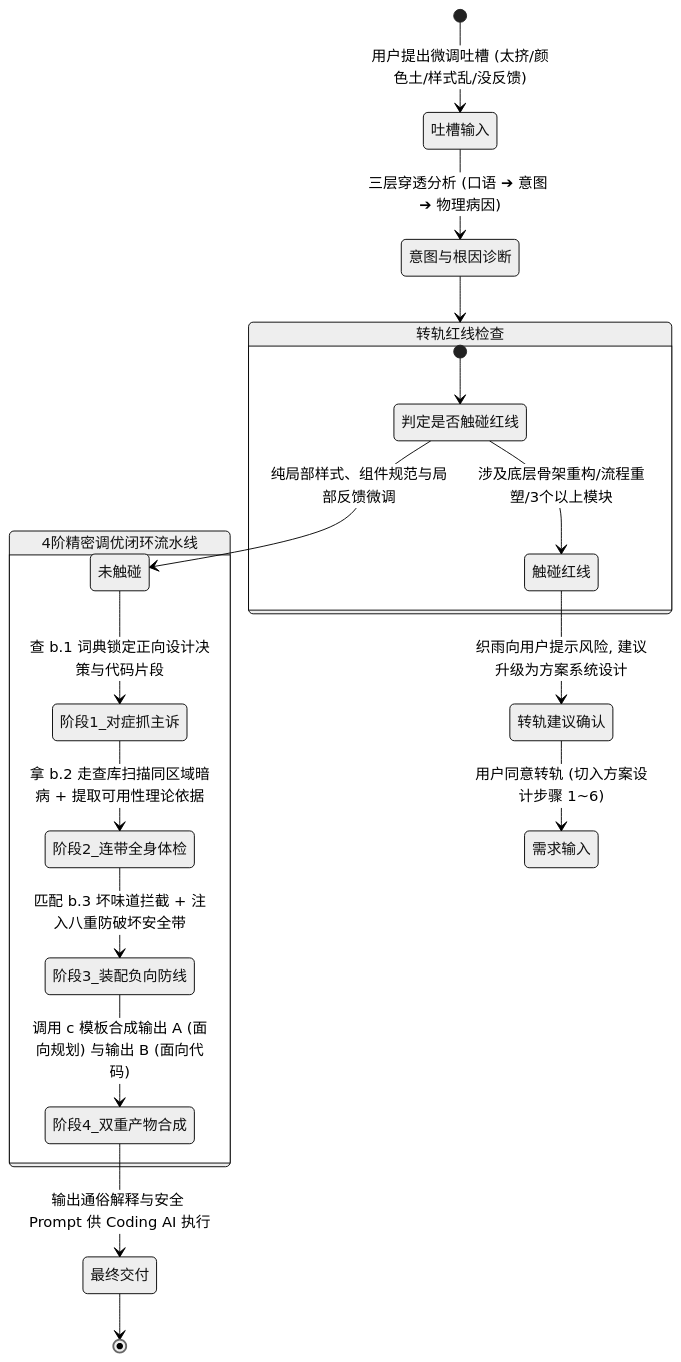
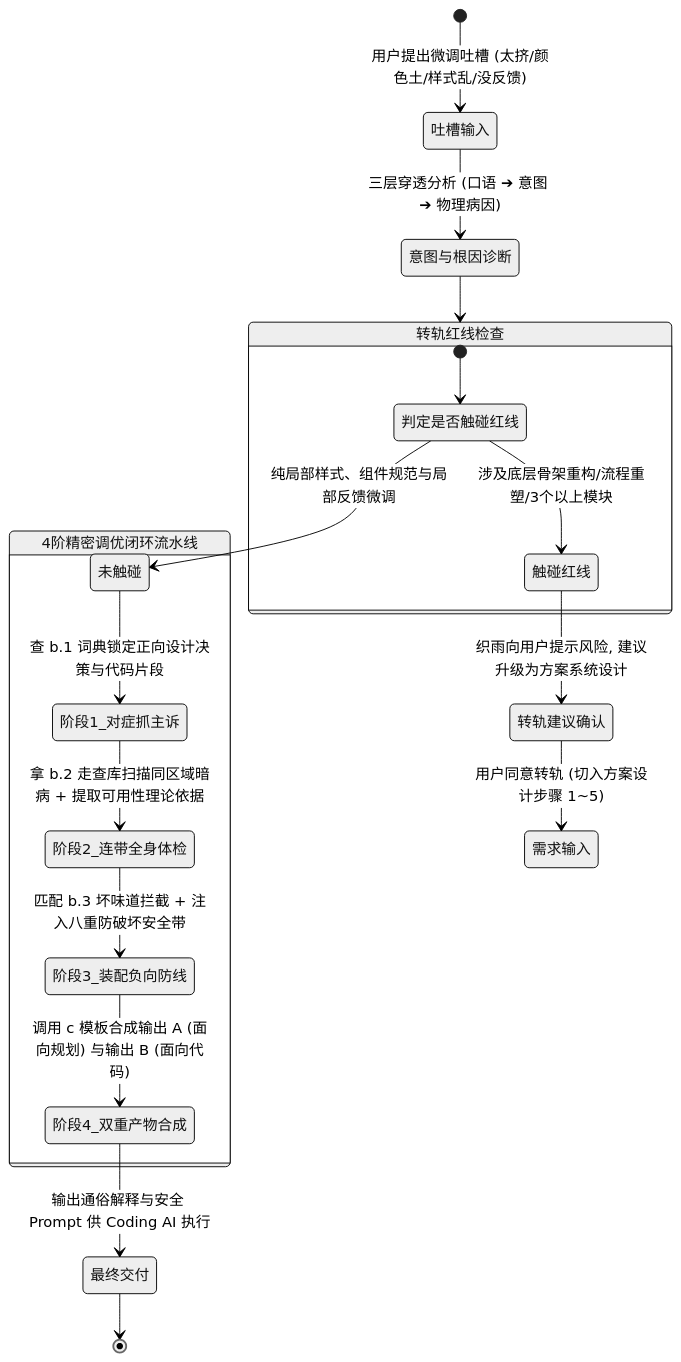
Before and after one commit to wangjue2026/skill-designer-prism: the second of 2 diagrams in 04-workflows-and-cases/agent-interaction-protocol.md, drawn with Mermaid (neutral theme). The commit also changed other lines of this file and 24 other files, not shown here.

````diff
--- a/04-workflows-and-cases/agent-interaction-protocol.md
+++ b/04-workflows-and-cases/agent-interaction-protocol.md
@@ -39,26 +39,26 @@
 ```mermaid
 stateDiagram-v2
     [*] --> 吐槽输入: 用户提出微调吐槽 (太挤/颜色土/样式乱/没反馈)
     吐槽输入 --> 意图与根因诊断: 三层穿透分析 (口语 ➔ 意图 ➔ 物理病因)
     
     意图与根因诊断 --> 转轨红线检查
     
     state 转轨红线检查 {
         [*] --> 判定是否触碰红线
         判定是否触碰红线 --> 触碰红线: 涉及底层骨架重构/流程重塑/3个以上模块
         判定是否触碰红线 --> 未触碰: 纯局部样式、组件规范与局部反馈微调
     }
     
     触碰红线 --> 转轨建议确认: 织雨向用户提示风险, 建议升级为方案系统设计
-    转轨建议确认 --> 需求输入: 用户同意转轨 (切入方案设计步骤 1~6)
+    转轨建议确认 --> 需求输入: 用户同意转轨 (切入方案设计步骤 1~5)
     
     state "4阶精密调优闭环流水线" as TuningPipeline {
         未触碰 --> 阶段1_对症抓主诉: 查 b.1 词典锁定正向设计决策与代码片段
         阶段1_对症抓主诉 --> 阶段2_连带全身体检: 拿 b.2 走查库扫描同区域暗病 + 提取可用性理论依据
         阶段2_连带全身体检 --> 阶段3_装配负向防线: 匹配 b.3 坏味道拦截 + 注入八重防破坏安全带
         阶段3_装配负向防线 --> 阶段4_双重产物合成: 调用 c 模板合成输出 A (面向规划) 与输出 B (面向代码)
     }
     
     阶段4_双重产物合成 --> 最终交付: 输出通俗解释与安全 Prompt 供 Coding AI 执行
     最终交付 --> [*]
 ```
````
